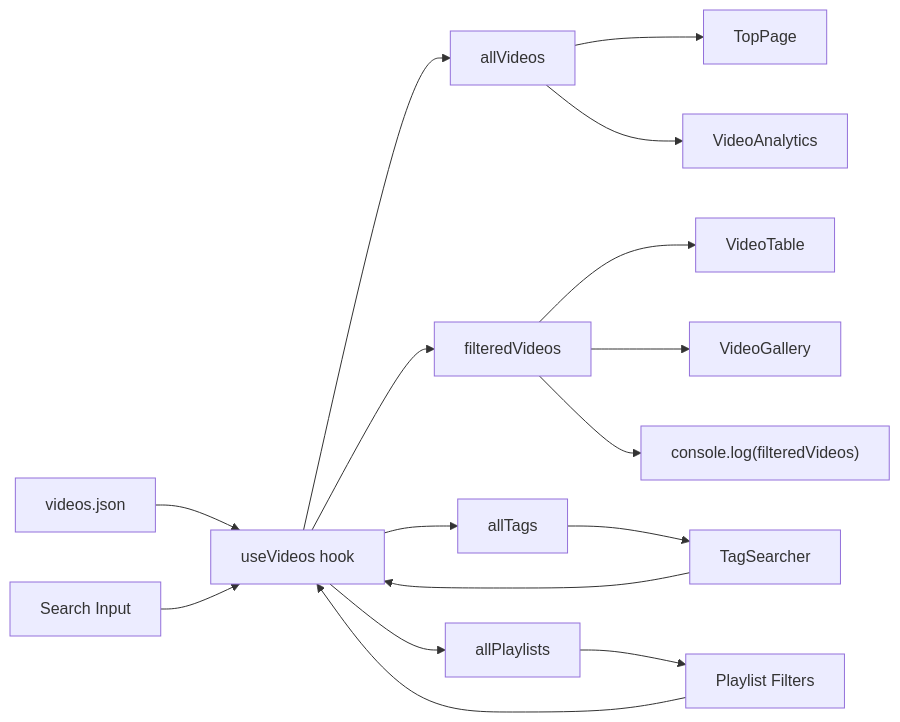
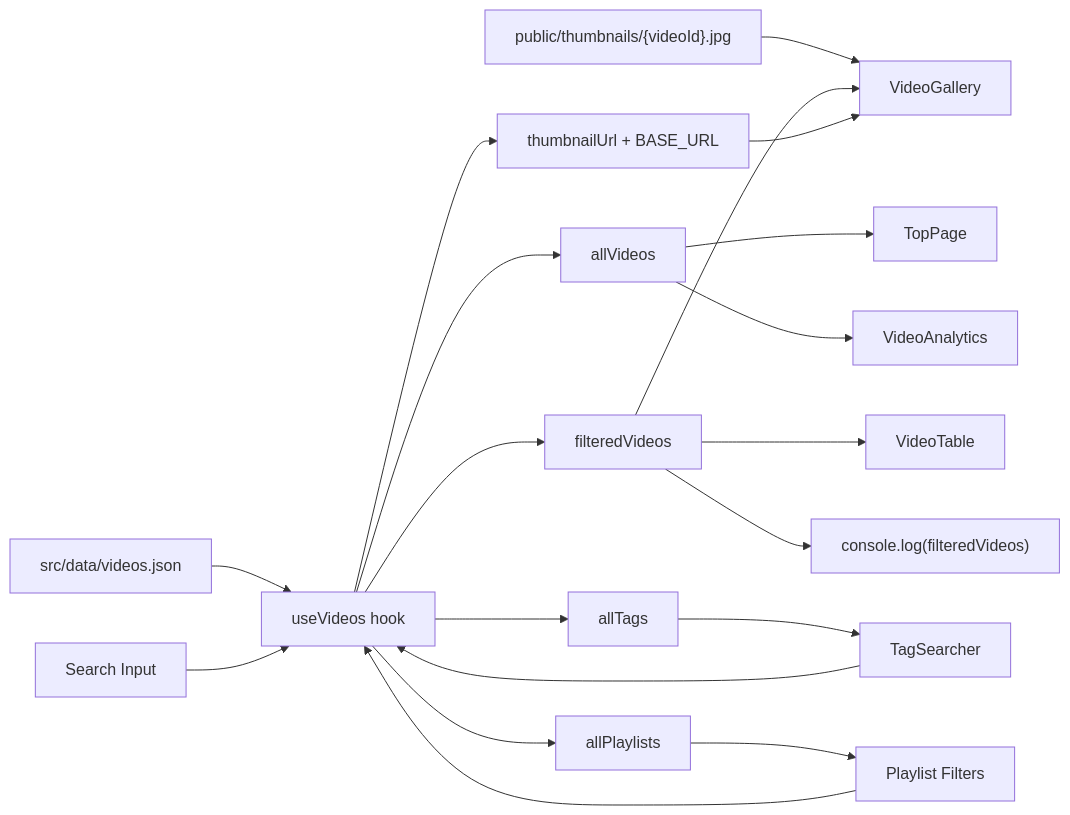
Before and after one commit to hsiao93524/vite-vtb-himari-profile: the first of 2 diagrams in docs/data-flow.md, drawn with Mermaid. The commit also changed other lines of this file and 226 other files, not shown here.

Commit message:
修改圖檔參照方式，改為直接參照local而不是url

````diff
--- a/docs/data-flow.md
+++ b/docs/data-flow.md
@@ -57,21 +83,25 @@
 ```mermaid
 flowchart LR
-  A["videos.json"] --> B["useVideos hook"]
+  A["src/data/videos.json"] --> B["useVideos hook"]
+  P["public/thumbnails/{videoId}.jpg"] --> J["VideoGallery"]
+
+  B --> U["thumbnailUrl + BASE_URL"]
   B --> C["allVideos"]
   B --> D["filteredVideos"]
   B --> E["allTags"]
   B --> F["allPlaylists"]
 
   C --> G["TopPage"]
   C --> H["VideoAnalytics"]
   D --> I["VideoTable"]
-  D --> J["VideoGallery"]
+  D --> J
+  U --> J
   E --> K["TagSearcher"]
   F --> L["Playlist Filters"]
 
   K --> B
   L --> B
   M["Search Input"] --> B
 
   D --> N["console.log(filteredVideos)"]
 ```
````
